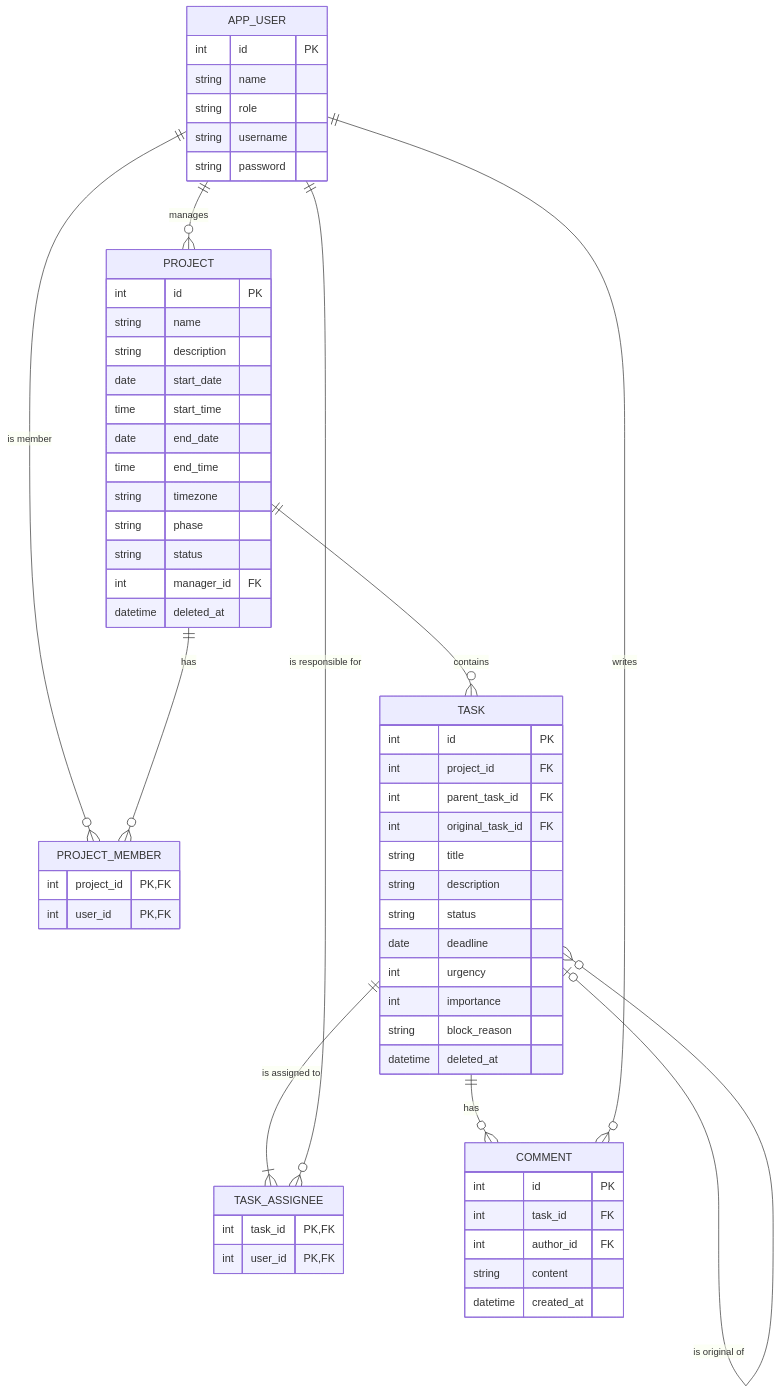
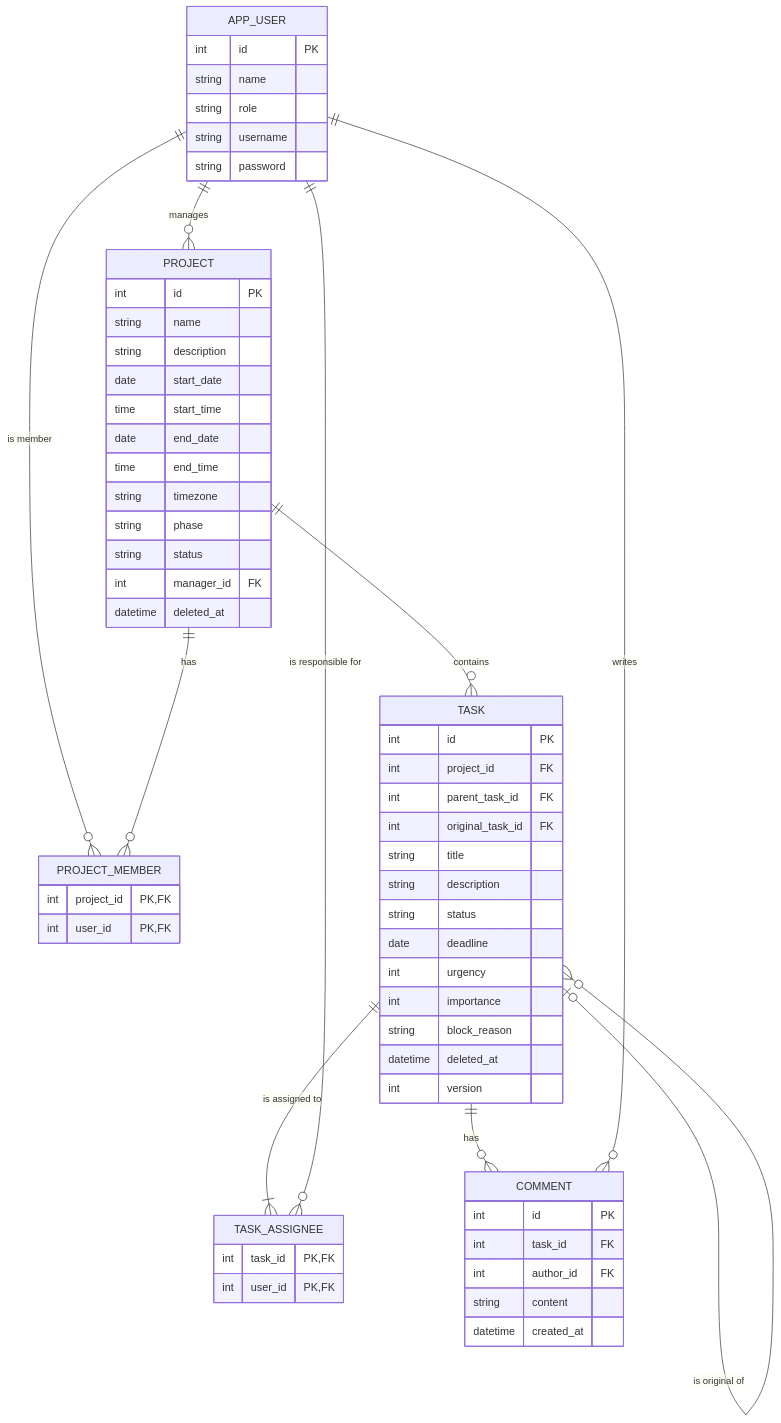
The diagram in matriz/docs/database.md (marianacosta16/ai-powered-task-manager), drawn with Mermaid before and after one commit. The commit also changed other lines of this file and 7 other files, not shown here.

````diff
--- a/matriz/docs/database.md
+++ b/matriz/docs/database.md
@@ -124,69 +125,70 @@
 ```mermaid
 erDiagram
     APP_USER ||--o{ PROJECT : manages
     APP_USER ||--o{ PROJECT_MEMBER : "is member"
     PROJECT ||--o{ PROJECT_MEMBER : has
     PROJECT ||--o{ TASK : contains
     TASK |o--o{ TASK : "has subtasks"
     TASK |o--o{ TASK : "is original of"
     TASK ||--|{ TASK_ASSIGNEE : "is assigned to"
     APP_USER ||--o{ TASK_ASSIGNEE : "is responsible for"
     TASK ||--o{ COMMENT : has
     APP_USER ||--o{ COMMENT : writes
 
     APP_USER {
         int id PK
         string name
         string role
         string username
         string password
     }
 
     PROJECT {
         int id PK
         string name
         string description
         date start_date
         time start_time
         date end_date
         time end_time
         string timezone
         string phase
         string status
         int manager_id FK
         datetime deleted_at
     }
 
     PROJECT_MEMBER {
         int project_id PK, FK
         int user_id PK, FK
     }
 
     TASK {
         int id PK
         int project_id FK
         int parent_task_id FK
         int original_task_id FK
         string title
         string description
         string status
         date deadline
         int urgency
         int importance
         string block_reason
         datetime deleted_at
+        int version
     }
 
     TASK_ASSIGNEE {
         int task_id PK, FK
         int user_id PK, FK
     }
 
     COMMENT {
         int id PK
         int task_id FK
         int author_id FK
         string content
         datetime created_at
     }
 ```
````
